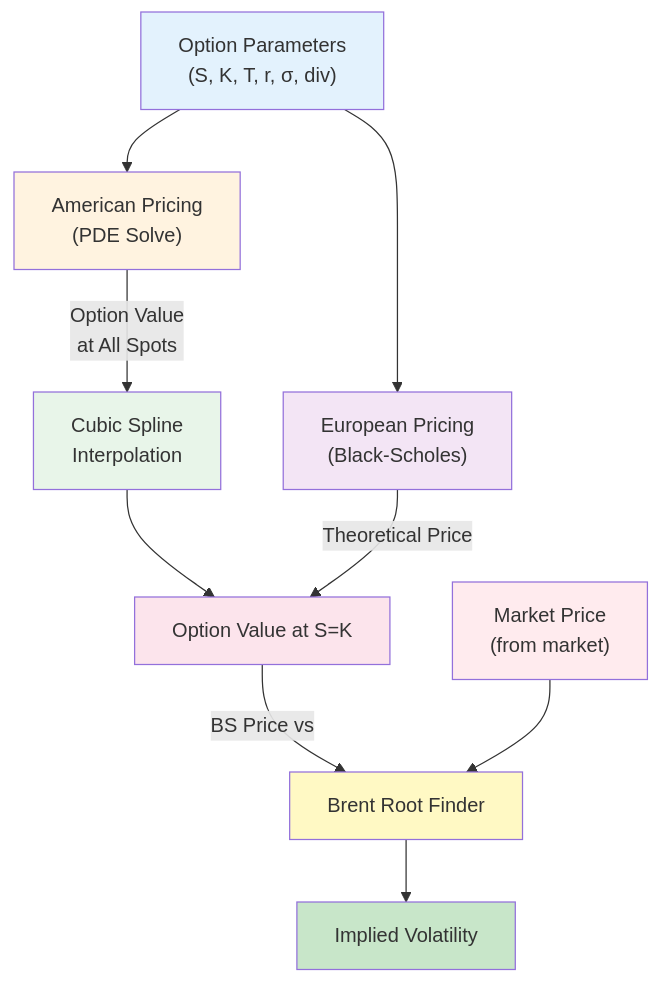
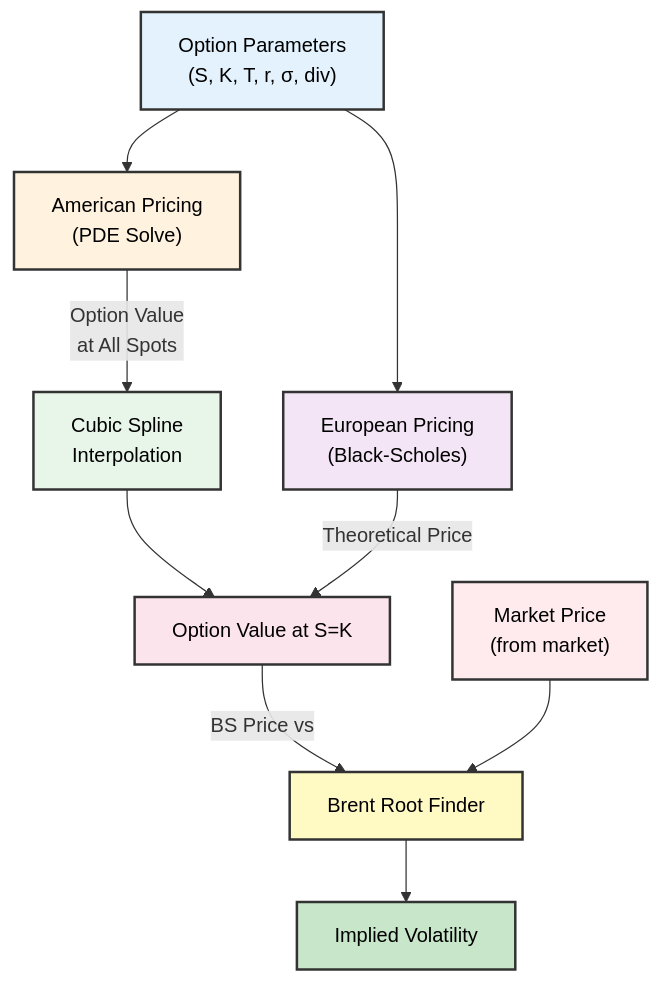
Before and after one commit to accelas/mango-option: the third of 3 diagrams in docs/ARCHITECTURE.md, drawn with Mermaid. The commit also changed other lines of this file, not shown here.

First line of the commit message:
Fix ARCHITECTURE.md inaccuracies based on code review

````diff
--- a/docs/ARCHITECTURE.md
+++ b/docs/ARCHITECTURE.md
@@ -770,39 +768,39 @@
 ```mermaid
 graph TD
     PARAMS["Option Parameters<br/>(S, K, T, r, σ, div)"]
 
     AMERICAN["American Pricing<br/>(PDE Solve)"]
     EUROPEAN["European Pricing<br/>(Black-Scholes)"]
 
     SPLINE["Cubic Spline<br/>Interpolation"]
 
     VALUE["Option Value at S=K"]
 
     MARKET["Market Price<br/>(from market)"]
 
     BRENT["Brent Root Finder"]
 
     IV["Implied Volatility"]
 
     PARAMS --> AMERICAN
     PARAMS --> EUROPEAN
 
     AMERICAN -->|"Option Value<br/>at All Spots"| SPLINE
     SPLINE --> VALUE
 
     EUROPEAN -->|"Theoretical Price"| VALUE
 
     VALUE -->|"BS Price vs"| BRENT
     MARKET --> BRENT
 
     BRENT --> IV
 
-    style PARAMS fill:#e3f2fd
-    style AMERICAN fill:#fff3e0
-    style EUROPEAN fill:#f3e5f5
-    style SPLINE fill:#e8f5e9
-    style VALUE fill:#fce4ec
-    style MARKET fill:#ffebee
-    style BRENT fill:#fff9c4
-    style IV fill:#c8e6c9
+    style PARAMS fill:#e3f2fd,stroke:#333,stroke-width:2px,color:#000
+    style AMERICAN fill:#fff3e0,stroke:#333,stroke-width:2px,color:#000
+    style EUROPEAN fill:#f3e5f5,stroke:#333,stroke-width:2px,color:#000
+    style SPLINE fill:#e8f5e9,stroke:#333,stroke-width:2px,color:#000
+    style VALUE fill:#fce4ec,stroke:#333,stroke-width:2px,color:#000
+    style MARKET fill:#ffebee,stroke:#333,stroke-width:2px,color:#000
+    style BRENT fill:#fff9c4,stroke:#333,stroke-width:2px,color:#000
+    style IV fill:#c8e6c9,stroke:#333,stroke-width:2px,color:#000
 ```
````
